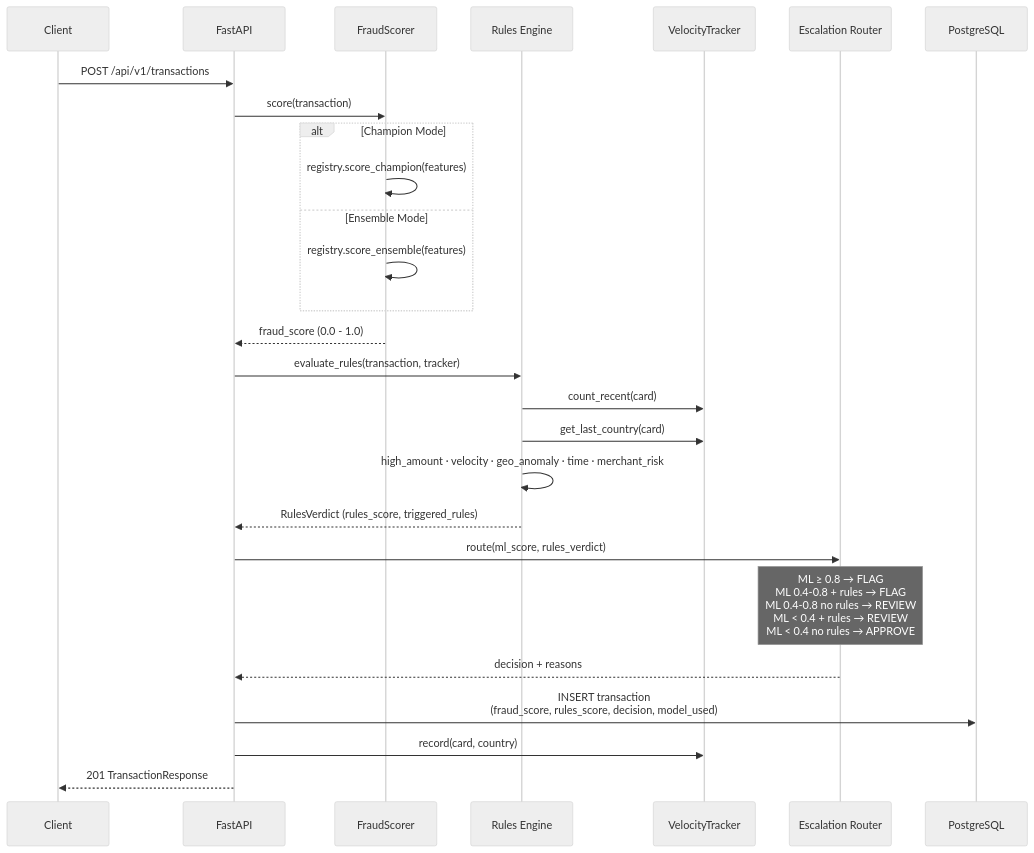
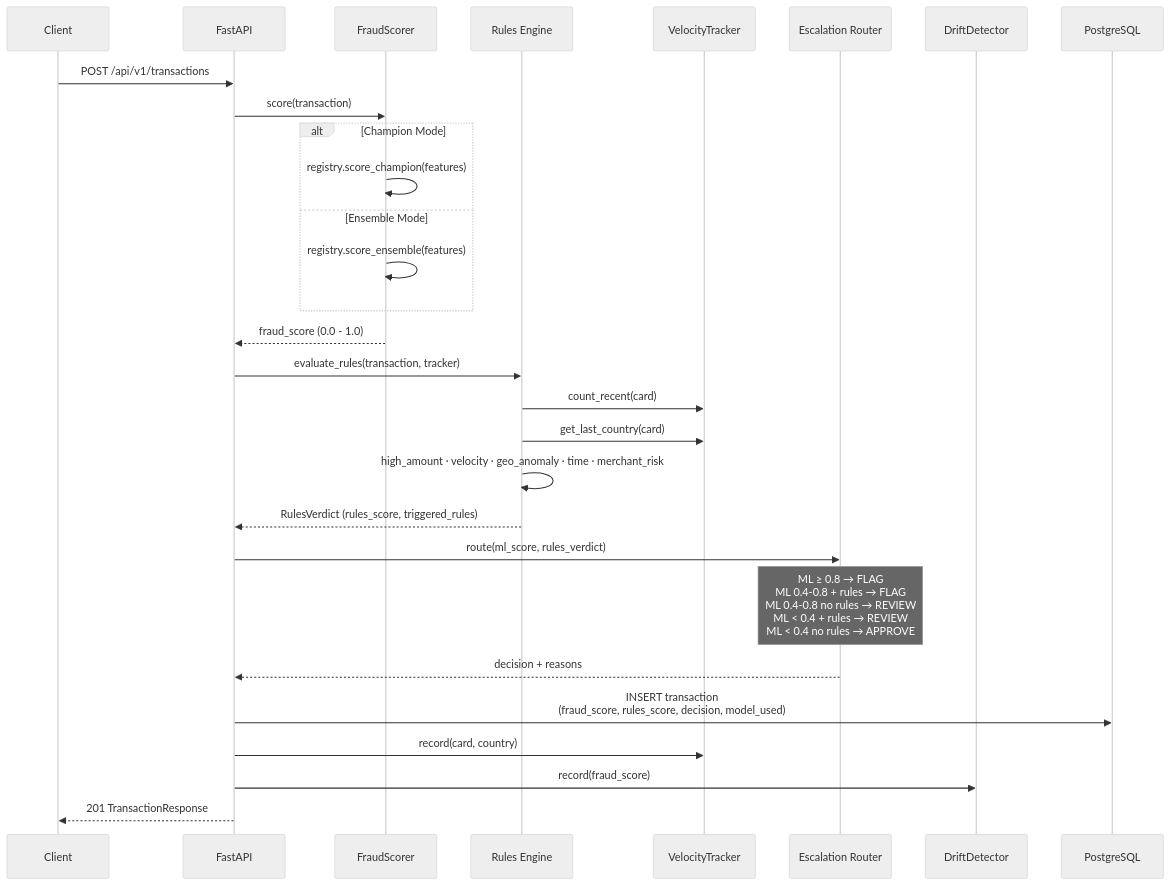
The second of 3 diagrams in docs/architecture.md (avatar296/sentinel), drawn with Mermaid (neutral theme) before and after one commit. The commit also changed other lines of this file and 9 other files, not shown here.

````diff
--- a/docs/architecture.md
+++ b/docs/architecture.md
@@ -84,38 +85,40 @@
 ```mermaid
 sequenceDiagram
     participant C as Client
     participant API as FastAPI
     participant S as FraudScorer
     participant R as Rules Engine
     participant V as VelocityTracker
     participant E as Escalation Router
+    participant D as DriftDetector
     participant DB as PostgreSQL
 
     C->>API: POST /api/v1/transactions
     API->>S: score(transaction)
 
     alt Champion Mode
         S->>S: registry.score_champion(features)
     else Ensemble Mode
         S->>S: registry.score_ensemble(features)
     end
 
     S-->>API: fraud_score (0.0 - 1.0)
 
     API->>R: evaluate_rules(transaction, tracker)
     R->>V: count_recent(card)
     R->>V: get_last_country(card)
     R->>R: high_amount · velocity · geo_anomaly · time · merchant_risk
 
     R-->>API: RulesVerdict (rules_score, triggered_rules)
 
     API->>E: route(ml_score, rules_verdict)
 
     Note over E: ML ≥ 0.8 → FLAG<br/>ML 0.4-0.8 + rules → FLAG<br/>ML 0.4-0.8 no rules → REVIEW<br/>ML < 0.4 + rules → REVIEW<br/>ML < 0.4 no rules → APPROVE
 
     E-->>API: decision + reasons
 
     API->>DB: INSERT transaction<br/>(fraud_score, rules_score, decision, model_used)
     API->>V: record(card, country)
+    API->>D: record(fraud_score)
     API-->>C: 201 TransactionResponse
 ```
````
